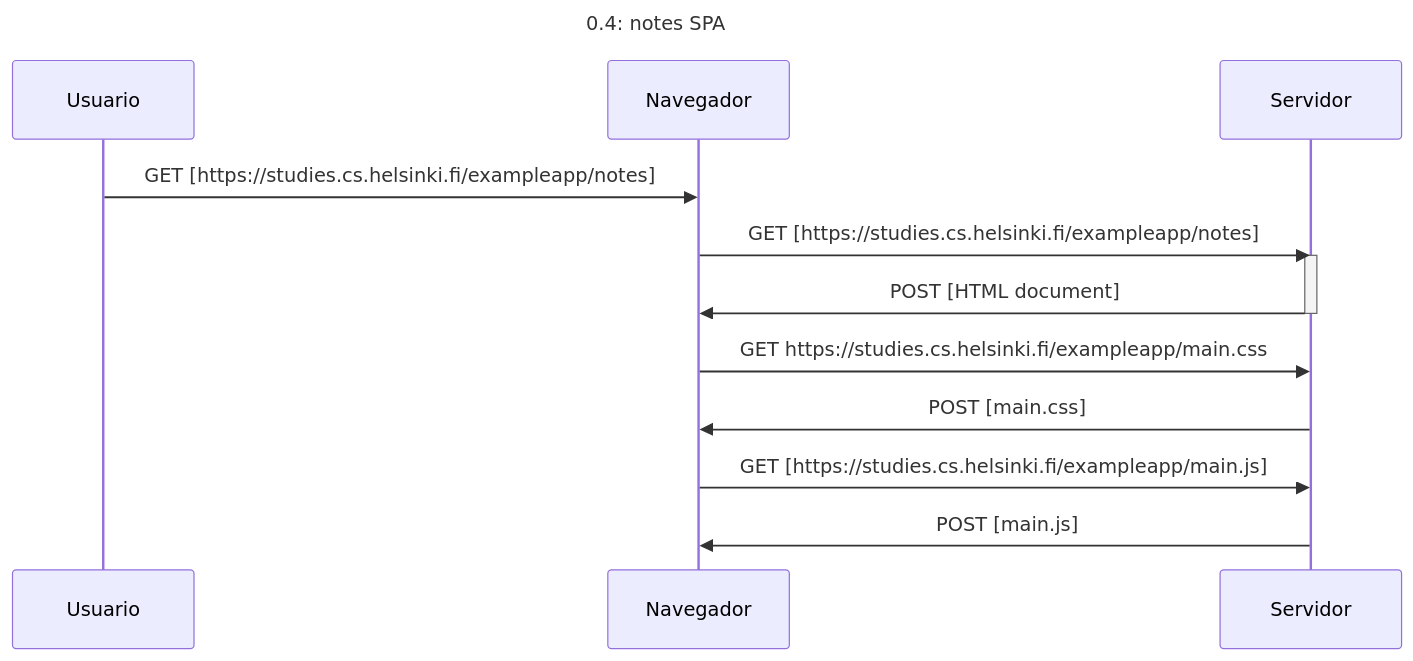
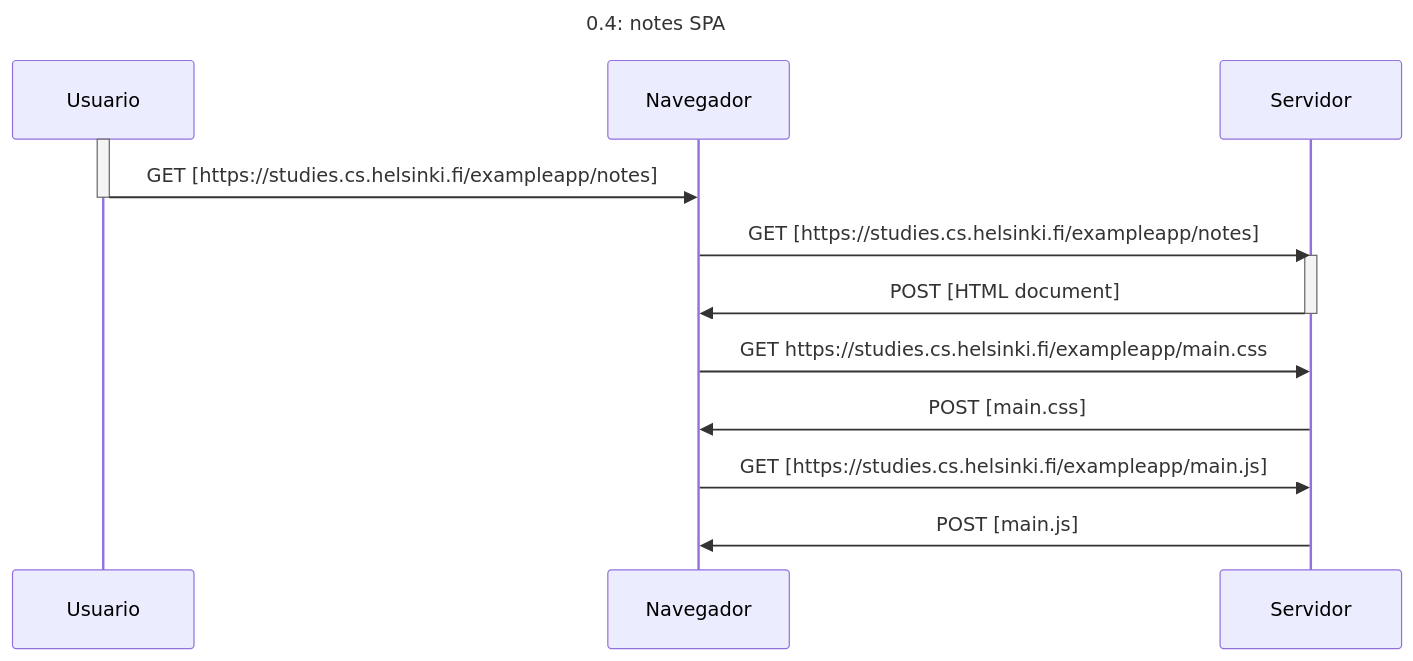
Before and after one commit to thecrusher2345/Full-Stack-Open-2023: the diagram in 0.4: Nuevo diagrama de nota.md, drawn with Mermaid.

Commit message:
Update 0.4: Nuevo diagrama de nota.md

````diff
--- a/0.4: Nuevo diagrama de nota.md
+++ b/0.4: Nuevo diagrama de nota.md
@@ -3,25 +3,26 @@
 ```mermaid
 sequenceDiagram
     Title: 0.4: notes SPA
 
     participant Usuario
     participant Navegador
     participant Servidor
     
 
-
+    activate Usuario
     Usuario->>Navegador: GET [https://studies.cs.helsinki.fi/exampleapp/notes]
+    deactivate Usuario
     Navegador->>Servidor: GET [https://studies.cs.helsinki.fi/exampleapp/notes]
     activate Servidor
     Servidor->>Navegador: POST [HTML document]
     deactivate Servidor
 
     Navegador->>Servidor: GET https://studies.cs.helsinki.fi/exampleapp/main.css
     Servidor->>Navegador: POST [main.css]
 
     Navegador->>Servidor: GET [https://studies.cs.helsinki.fi/exampleapp/main.js]
     Servidor->>Navegador: POST [main.js]
     
 
 
 ```
````
